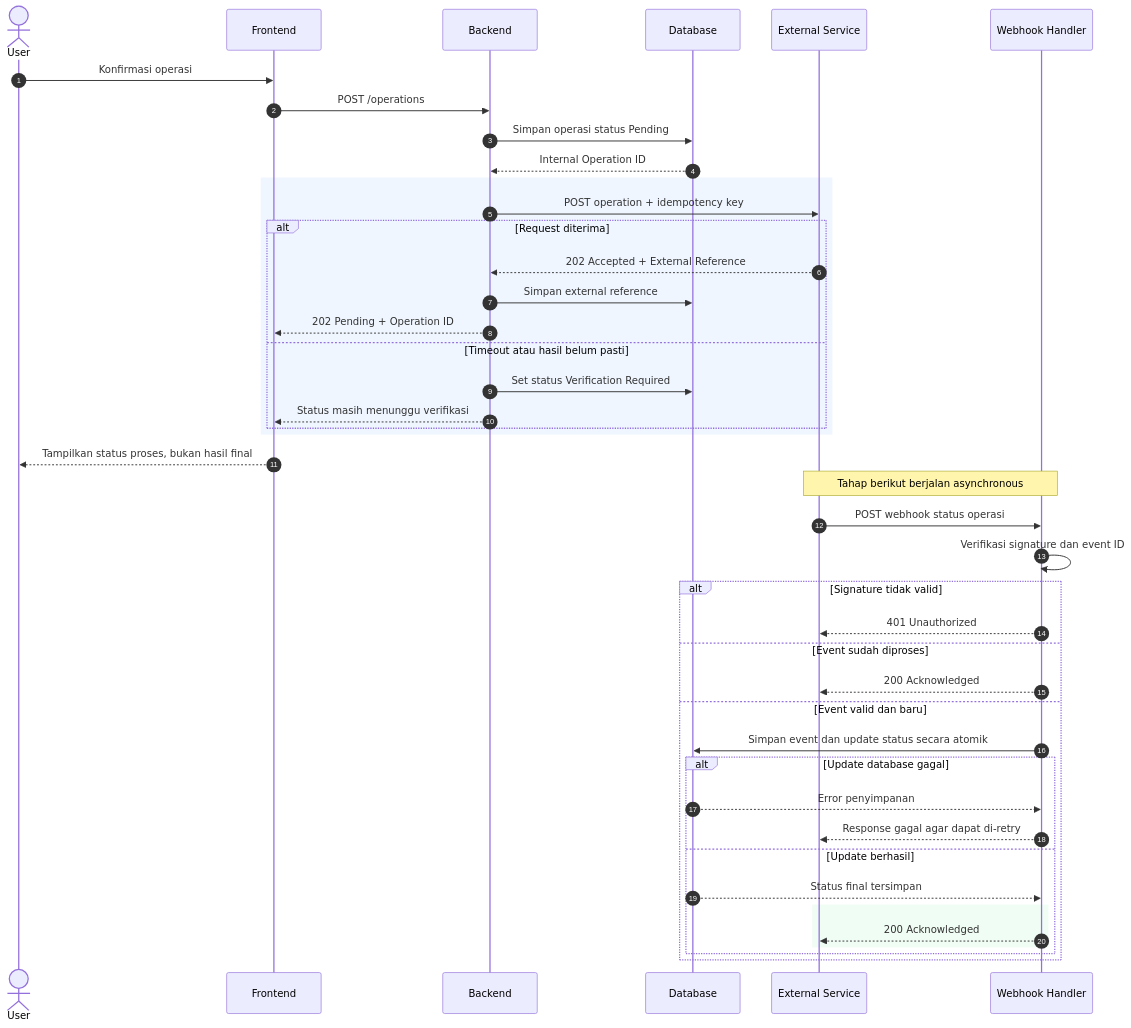
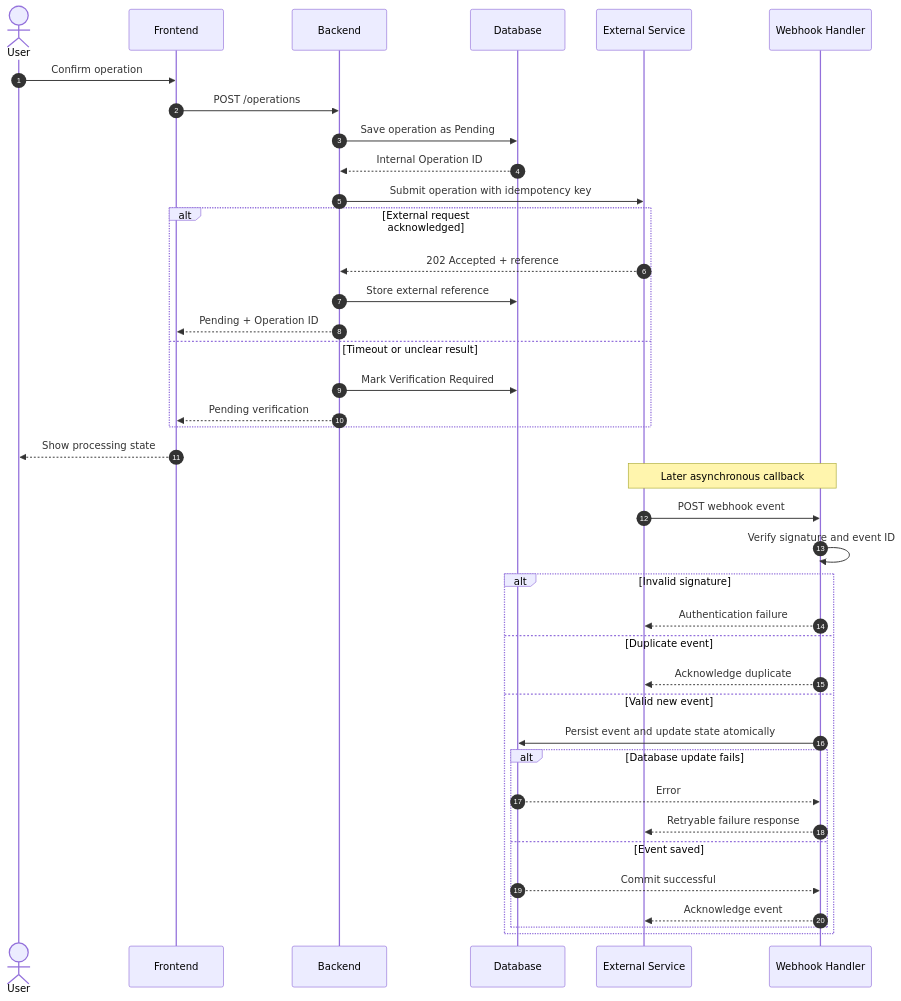
The fourth of 4 diagrams in SKILL.md (Ducklazy231/system-analysis-skill), drawn with Mermaid before and after one commit. The commit also changed other lines of this file, not shown here.

````diff
--- a/SKILL.md
+++ b/SKILL.md
@@ -528,47 +287,45 @@
 ```mermaid
 sequenceDiagram
     autonumber
-    actor U as User
+    actor User
     participant FE as Frontend
     participant BE as Backend
     participant DB as Database
     participant EXT as External Service
     participant WH as Webhook Handler
 
-    U->>FE: Konfirmasi operasi
+    User->>FE: Confirm operation
     FE->>BE: POST /operations
-    BE->>DB: Simpan operasi status Pending
+    BE->>DB: Save operation as Pending
     DB-->>BE: Internal Operation ID
-    rect rgb(239, 246, 255)
-        BE->>EXT: POST operation + idempotency key
-        alt Request diterima
-            EXT-->>BE: 202 Accepted + External Reference
-            BE->>DB: Simpan external reference
-            BE-->>FE: 202 Pending + Operation ID
-        else Timeout atau hasil belum pasti
-            BE->>DB: Set status Verification Required
-            BE-->>FE: Status masih menunggu verifikasi
-        end
+
+    BE->>EXT: Submit operation with idempotency key
+    alt External request acknowledged
+        EXT-->>BE: 202 Accepted + reference
+        BE->>DB: Store external reference
+        BE-->>FE: Pending + Operation ID
+    else Timeout or unclear result
+        BE->>DB: Mark Verification Required
+        BE-->>FE: Pending verification
     end
-    FE-->>U: Tampilkan status proses, bukan hasil final
+    FE-->>User: Show processing state
 
-    Note over EXT,WH: Tahap berikut berjalan asynchronous
-    EXT->>WH: POST webhook status operasi
-    WH->>WH: Verifikasi signature dan event ID
-    alt Signature tidak valid
-        WH-->>EXT: 401 Unauthorized
-    else Event sudah diproses
-        WH-->>EXT: 200 Acknowledged
-    else Event valid dan baru
-        WH->>DB: Simpan event dan update status secara atomik
-        alt Update database gagal
-            DB-->>WH: Error penyimpanan
-            WH-->>EXT: Response gagal agar dapat di-retry
-        else Update berhasil
-            DB-->>WH: Status final tersimpan
-            rect rgb(240, 253, 244)
-                WH-->>EXT: 200 Acknowledged
-            end
+    Note over EXT,WH: Later asynchronous callback
+    EXT->>WH: POST webhook event
+    WH->>WH: Verify signature and event ID
+
+    alt Invalid signature
+        WH-->>EXT: Authentication failure
+    else Duplicate event
+        WH-->>EXT: Acknowledge duplicate
+    else Valid new event
+        WH->>DB: Persist event and update state atomically
+        alt Database update fails
+            DB-->>WH: Error
+            WH-->>EXT: Retryable failure response
+        else Event saved
+            DB-->>WH: Commit successful
+            WH-->>EXT: Acknowledge event
         end
     end
 ```
````
